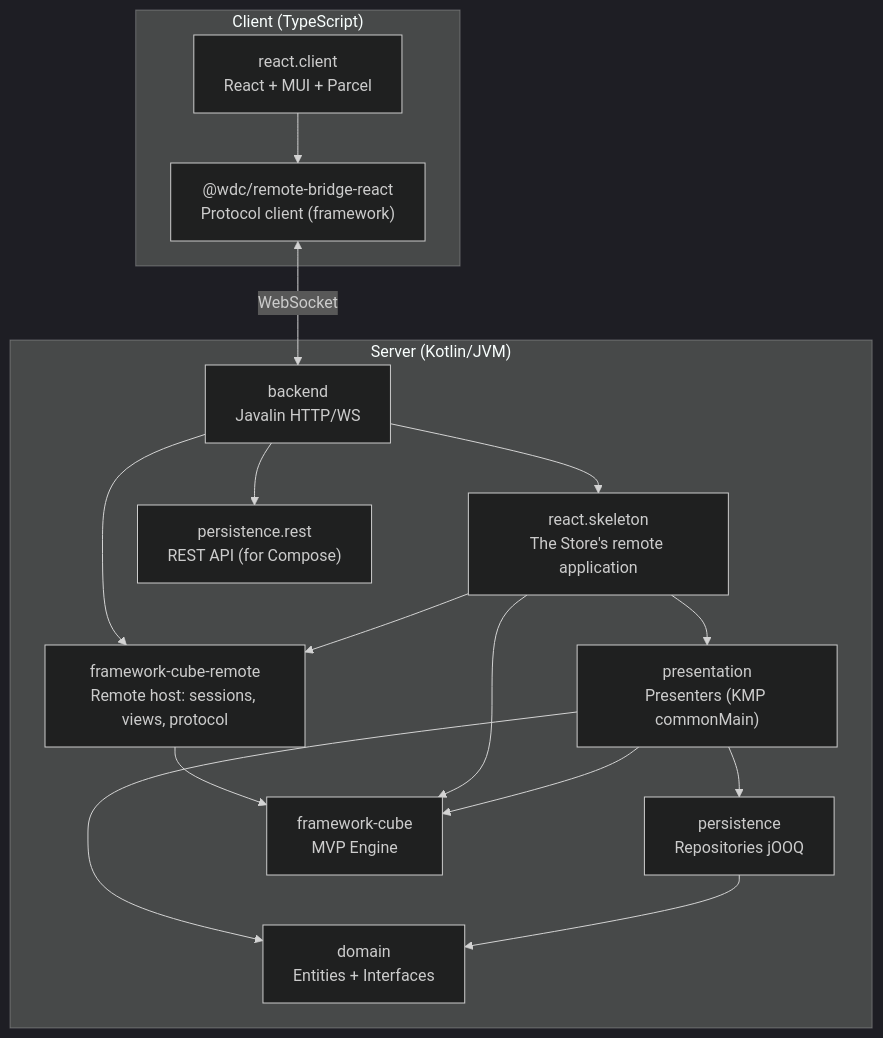
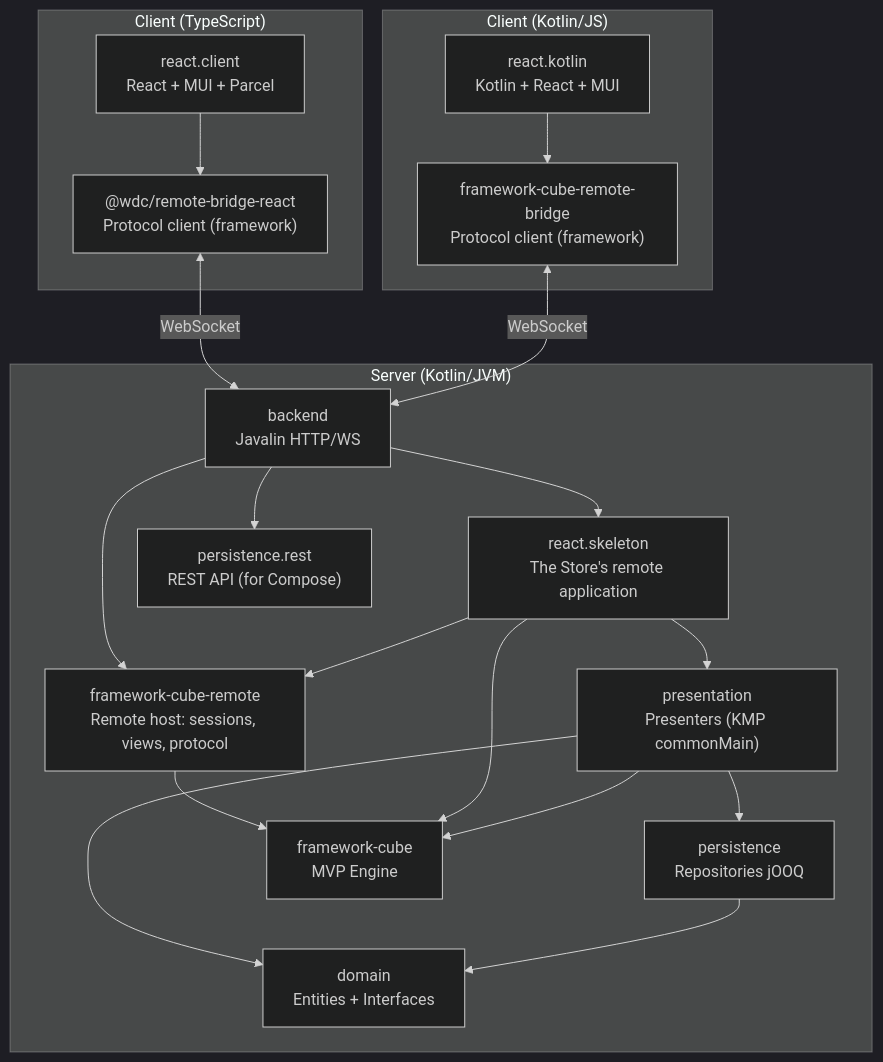
The third of 9 diagrams in docs/architecture-react.md (mrcdom/wdc-cube-kotlin), drawn with Mermaid (dark theme) before and after one commit. The commit also changed other lines of this file and 39 other files, not shown here.

First line of the commit message:
feat(remote): a remote client written in Kotlin, and its bridge in the framework

````diff
--- a/docs/architecture-react.md
+++ b/docs/architecture-react.md
@@ -87,32 +87,39 @@
 ```mermaid
 graph TB
     subgraph "Client (TypeScript)"
         RC["react.client<br/>React + MUI + Parcel"]
         BRG["@wdc/remote-bridge-react<br/>Protocol client (framework)"]
+    end
+
+    subgraph "Client (Kotlin/JS)"
+        RK["react.kotlin<br/>Kotlin + React + MUI"]
+        BRK["framework-cube-remote-bridge<br/>Protocol client (framework)"]
     end
 
     subgraph "Server (Kotlin/JVM)"
         BACK["backend<br/>Javalin HTTP/WS"]
         SKEL["react.skeleton<br/>The Store's remote application"]
         FCR["framework-cube-remote<br/>Remote host: sessions, views, protocol"]
         PRES["presentation<br/>Presenters (KMP commonMain)"]
         PERS["persistence<br/>Repositories jOOQ"]
         PERSR["persistence.rest<br/>REST API (for Compose)"]
         DOM["domain<br/>Entities + Interfaces"]
         CUBE["framework-cube<br/>MVP Engine"]
     end
 
     RC --> BRG
     BRG <-->|WebSocket| BACK
+    RK --> BRK
+    BRK <-->|WebSocket| BACK
     BACK --> SKEL
     BACK --> FCR
     SKEL --> FCR
     FCR --> CUBE
     BACK --> PERSR
     SKEL --> PRES
     PRES --> DOM
     PRES --> PERS
     PERS --> DOM
     SKEL --> CUBE
     PRES --> CUBE
 ```
````
